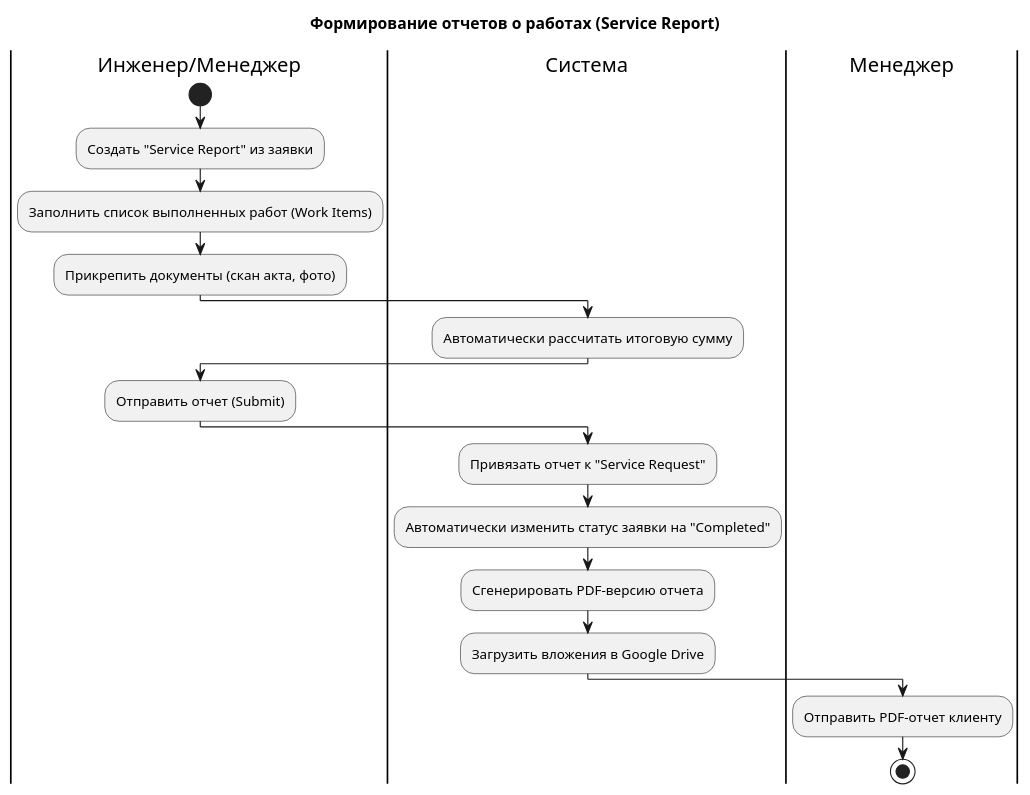
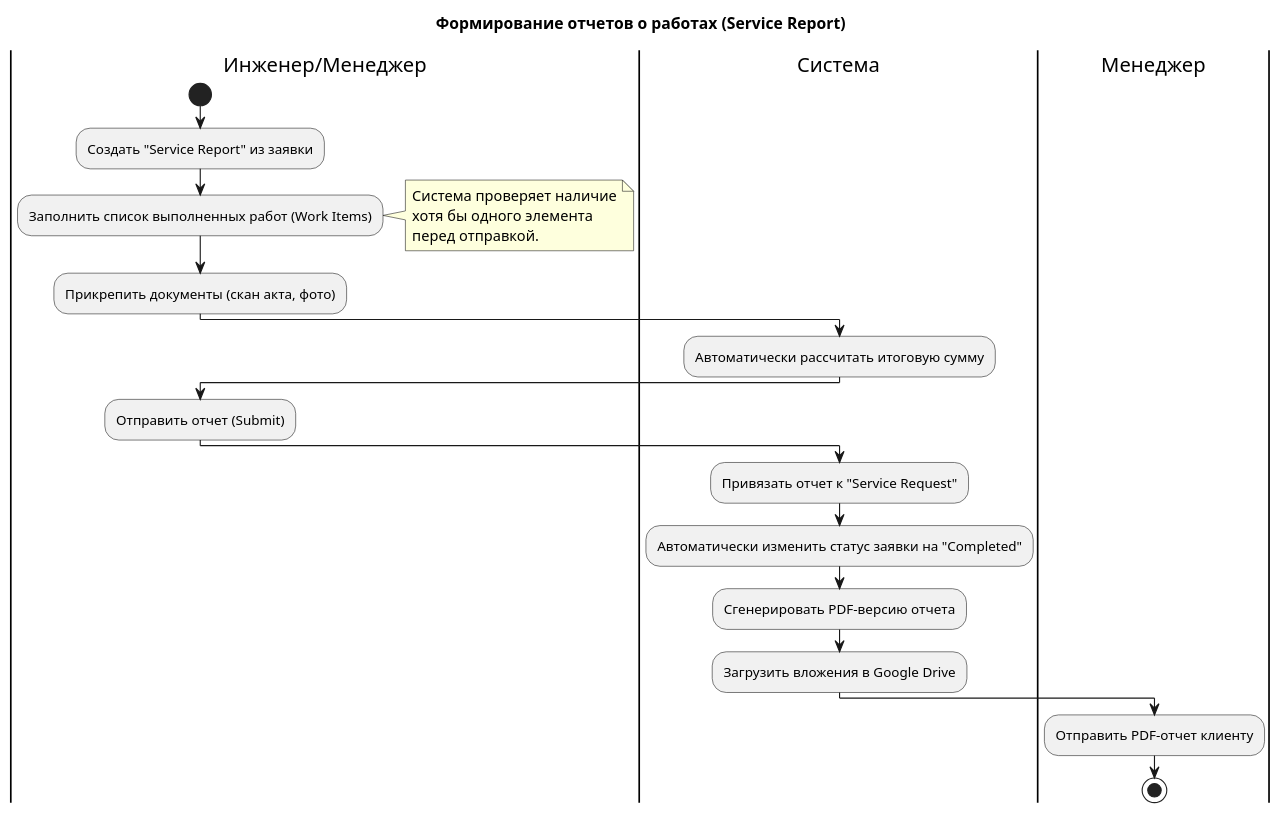
The third of 15 diagrams in Техническая_спецификация.md (Dmitriyrus99/ferum_custom1), drawn with PlantUML before and after one commit. The commit also changed other lines of this file and 15 other files, not shown here.

```diff
--- a/Техническая_спецификация.md
+++ b/Техническая_спецификация.md
@@ -131,21 +131,26 @@
 @startuml
 title Формирование отчетов о работах (Service Report)
 
 |Инженер/Менеджер|
 start
 :Создать "Service Report" из заявки;
 :Заполнить список выполненных работ (Work Items);
+note right
+  Система проверяет наличие
+  хотя бы одного элемента
+  перед отправкой.
+end note
 :Прикрепить документы (скан акта, фото);
 |Система|
 :Автоматически рассчитать итоговую сумму;
 |Инженер/Менеджер|
 :Отправить отчет (Submit);
 |Система|
 :Привязать отчет к "Service Request";
 :Автоматически изменить статус заявки на "Completed";
 :Сгенерировать PDF-версию отчета;
 :Загрузить вложения в Google Drive;
 |Менеджер|
 :Отправить PDF-отчет клиенту;
 stop
 @enduml
```
